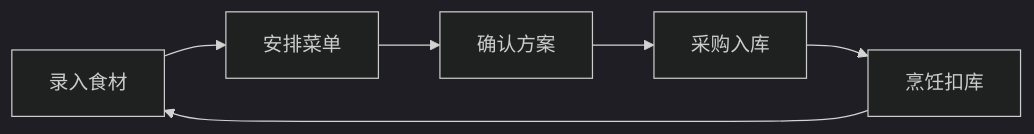
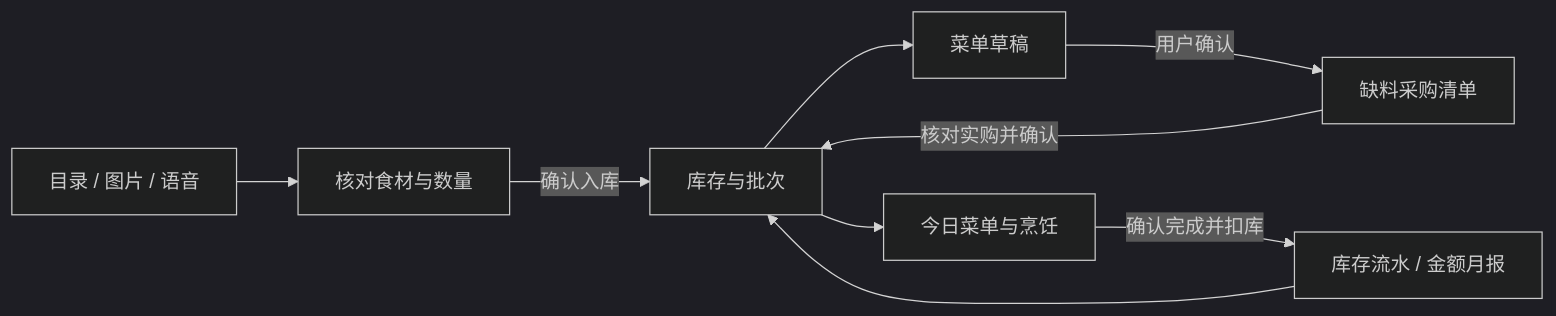
Before and after one commit to link1ks/FoodFlow: the first of 2 diagrams in README.md, drawn with Mermaid (dark theme). The commit also changed other lines of this file and 15 other files, not shown here.

````diff
--- a/README.md
+++ b/README.md
@@ -34,8 +70,11 @@
 ```mermaid
 flowchart LR
-    A[录入食材] --> B[安排菜单]
-    B --> C[确认方案]
-    C --> D[采购入库]
-    D --> E[烹饪扣库]
-    E --> A
+    A[目录 / 图片 / 语音] --> B[核对食材与数量]
+    B -->|确认入库| C[库存与批次]
+    C --> D[菜单草稿]
+    D -->|用户确认| E[缺料采购清单]
+    E -->|核对实购并确认| C
+    C --> F[今日菜单与烹饪]
+    F -->|确认完成并扣库| G[库存流水 / 金额月报]
+    G --> C
 ```
````
